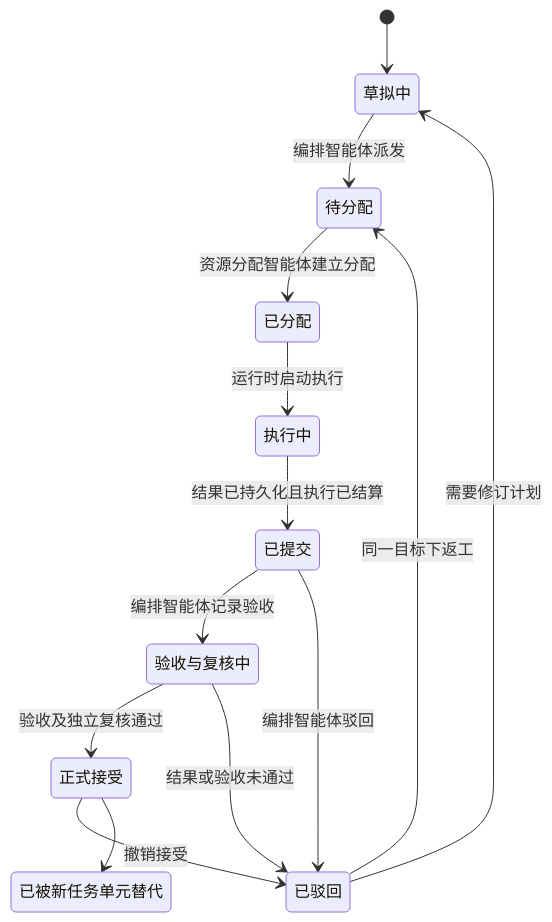
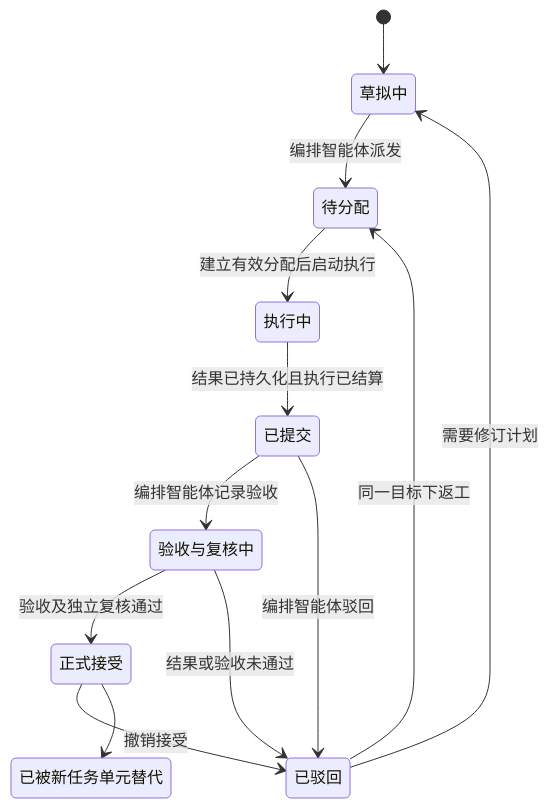
One commit to Luohaothu/dsh-flow changed the second of 2 diagrams in docs/design/dispatch.md. Above: the diagram before and after it, drawn with Mermaid. The commit also changed other lines of this file and 150 other files, not shown here.

````diff
--- a/docs/design/dispatch.md
+++ b/docs/design/dispatch.md
@@ -122,25 +122,23 @@
 ```mermaid
 stateDiagram-v2
     state "草拟中" as DRAFT
     state "待分配" as READY
-    state "已分配" as DISPATCHED
     state "执行中" as RUNNING
     state "已提交" as SUBMITTED
     state "验收与复核中" as VALIDATING
     state "正式接受" as ACCEPTED
     state "已驳回" as REJECTED
     state "已被新任务单元替代" as SUPERSEDED
     [*] --> DRAFT
     DRAFT --> READY: 编排智能体派发
-    READY --> DISPATCHED: 资源分配智能体建立分配
-    DISPATCHED --> RUNNING: 运行时启动执行
+    READY --> RUNNING: 建立有效分配后启动执行
     RUNNING --> SUBMITTED: 结果已持久化且执行已结算
     SUBMITTED --> VALIDATING: 编排智能体记录验收
     SUBMITTED --> REJECTED: 编排智能体驳回
     VALIDATING --> ACCEPTED: 验收及独立复核通过
     VALIDATING --> REJECTED: 结果或验收未通过
     REJECTED --> READY: 同一目标下返工
     REJECTED --> DRAFT: 需要修订计划
     ACCEPTED --> REJECTED: 撤销接受
     ACCEPTED --> SUPERSEDED
 ```
````
